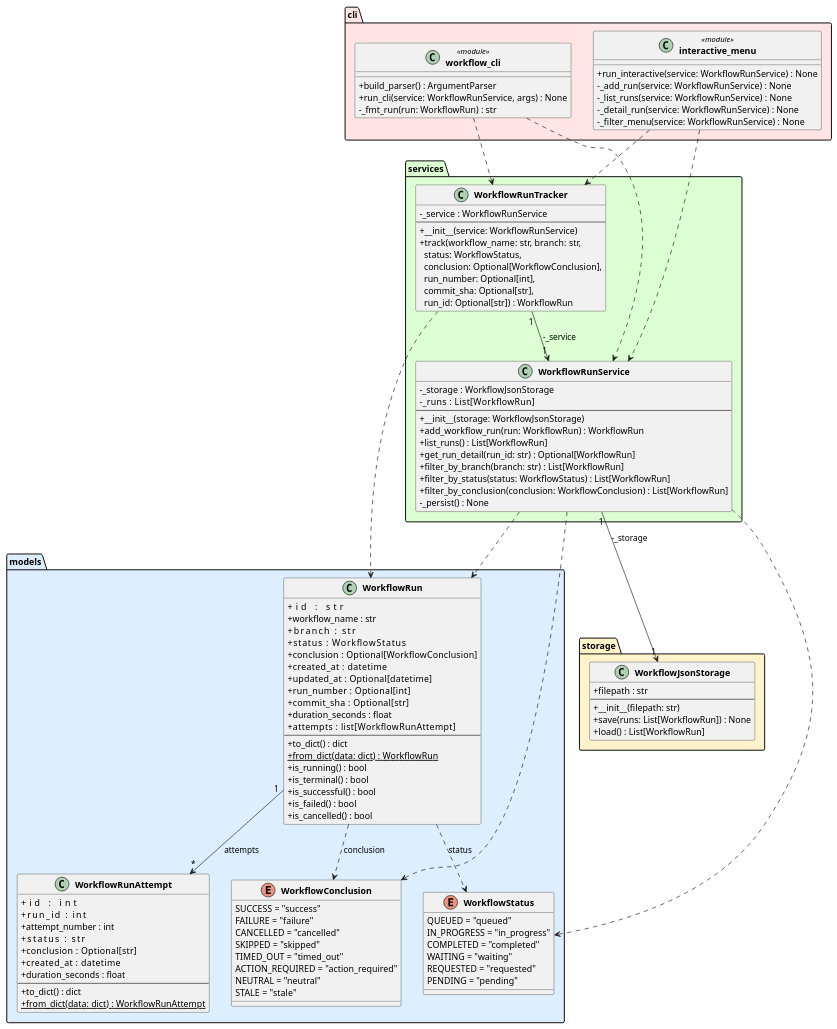
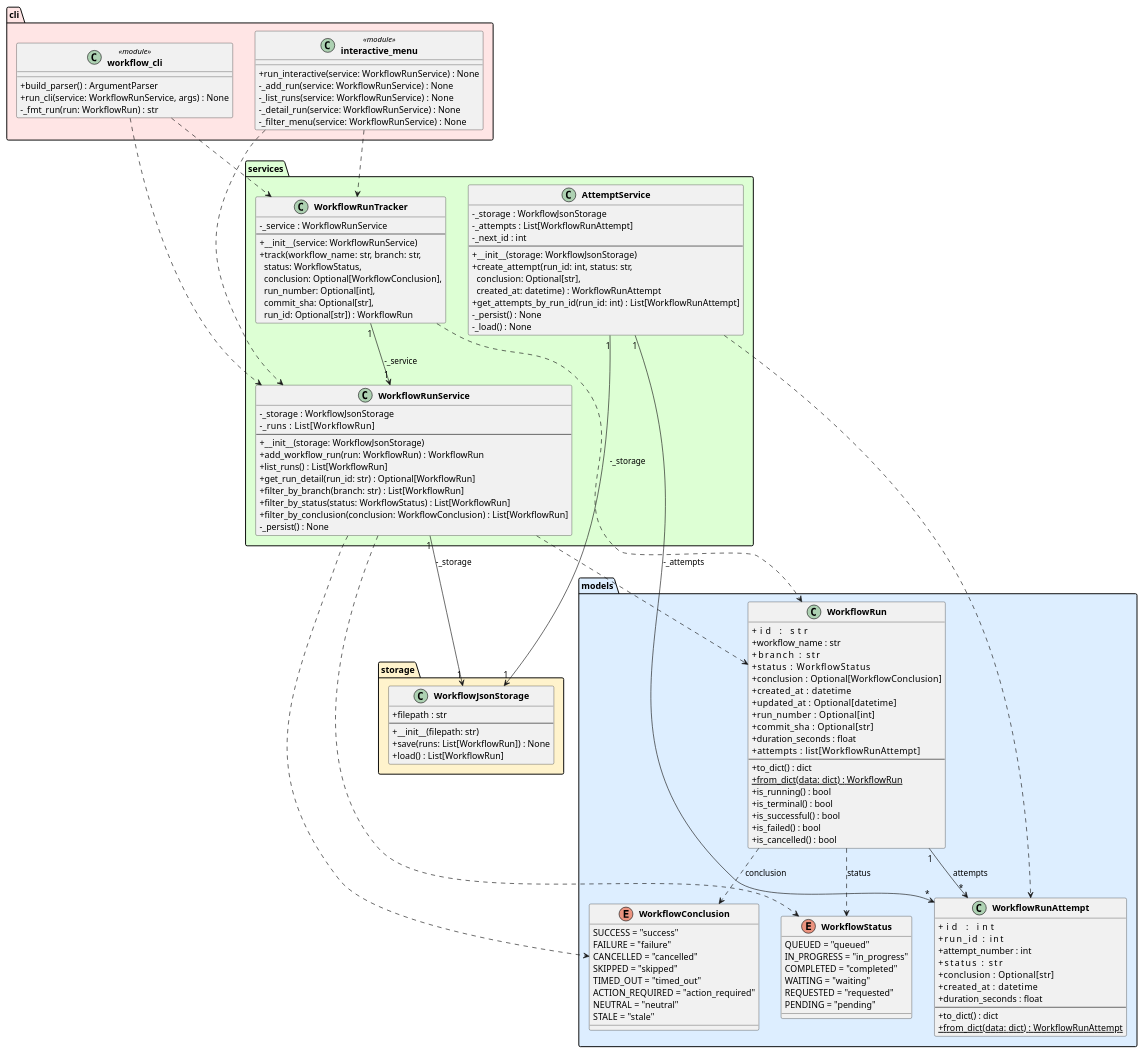
One commit to DanielRiha8906/Software_autoevolution_using_agents changed the diagram in experiments/broadcast/structured_text/github-workflow-manager/artifacts/class_diagram.puml. Above: the diagram before and after it, drawn with PlantUML. The commit also changed 1 other file, not shown here.

Commit message:
Update diagrams and progress for Task 04: AttemptService implementation

```diff
--- a/experiments/broadcast/structured_text/github-workflow-manager/artifacts/class_diagram.puml
+++ b/experiments/broadcast/structured_text/github-workflow-manager/artifacts/class_diagram.puml
@@ -1,126 +1,141 @@
 @startuml class_diagram
 
 skinparam classAttributeIconSize 0
 skinparam classFontStyle bold
 
 package "models" #DDEEFF {
     enum WorkflowStatus {
         QUEUED = "queued"
         IN_PROGRESS = "in_progress"
         COMPLETED = "completed"
         WAITING = "waiting"
         REQUESTED = "requested"
         PENDING = "pending"
     }
 
     enum WorkflowConclusion {
         SUCCESS = "success"
         FAILURE = "failure"
         CANCELLED = "cancelled"
         SKIPPED = "skipped"
         TIMED_OUT = "timed_out"
         ACTION_REQUIRED = "action_required"
         NEUTRAL = "neutral"
         STALE = "stale"
     }
 
     class WorkflowRun {
         +id            : str
         +workflow_name : str
         +branch        : str
         +status        : WorkflowStatus
         +conclusion    : Optional[WorkflowConclusion]
         +created_at    : datetime
         +updated_at    : Optional[datetime]
         +run_number    : Optional[int]
         +commit_sha    : Optional[str]
         +duration_seconds : float
         +attempts      : list[WorkflowRunAttempt]
         --
         +to_dict() : dict
         +{static} from_dict(data: dict) : WorkflowRun
         +is_running() : bool
         +is_terminal() : bool
         +is_successful() : bool
         +is_failed() : bool
         +is_cancelled() : bool
     }
 
     class WorkflowRunAttempt {
         +id            : int
         +run_id        : int
         +attempt_number : int
         +status        : str
         +conclusion    : Optional[str]
         +created_at    : datetime
         +duration_seconds : float
         --
         +to_dict() : dict
         +{static} from_dict(data: dict) : WorkflowRunAttempt
     }
 }
 
 package "storage" #FFF3CC {
     class WorkflowJsonStorage {
         +filepath : str
         --
         +__init__(filepath: str)
         +save(runs: List[WorkflowRun]) : None
         +load() : List[WorkflowRun]
     }
 }
 
 package "services" #DDFFD4 {
     class WorkflowRunService {
         -_storage : WorkflowJsonStorage
         -_runs    : List[WorkflowRun]
         --
         +__init__(storage: WorkflowJsonStorage)
         +add_workflow_run(run: WorkflowRun) : WorkflowRun
         +list_runs() : List[WorkflowRun]
         +get_run_detail(run_id: str) : Optional[WorkflowRun]
         +filter_by_branch(branch: str) : List[WorkflowRun]
         +filter_by_status(status: WorkflowStatus) : List[WorkflowRun]
         +filter_by_conclusion(conclusion: WorkflowConclusion) : List[WorkflowRun]
         -_persist() : None
     }
 
     class WorkflowRunTracker {
         -_service : WorkflowRunService
         --
         +__init__(service: WorkflowRunService)
         +track(workflow_name: str, branch: str,\n  status: WorkflowStatus,\n  conclusion: Optional[WorkflowConclusion],\n  run_number: Optional[int],\n  commit_sha: Optional[str],\n  run_id: Optional[str]) : WorkflowRun
     }
+
+    class AttemptService {
+        -_storage : WorkflowJsonStorage
+        -_attempts : List[WorkflowRunAttempt]
+        -_next_id : int
+        --
+        +__init__(storage: WorkflowJsonStorage)
+        +create_attempt(run_id: int, status: str,\n  conclusion: Optional[str],\n  created_at: datetime) : WorkflowRunAttempt
+        +get_attempts_by_run_id(run_id: int) : List[WorkflowRunAttempt]
+        -_persist() : None
+        -_load() : None
+    }
 }
 
 package "cli" #FFE5E5 {
     class "workflow_cli" <<module>> {
         +build_parser() : ArgumentParser
         +run_cli(service: WorkflowRunService, args) : None
         -_fmt_run(run: WorkflowRun) : str
     }
 
     class "interactive_menu" <<module>> {
         +run_interactive(service: WorkflowRunService) : None
         -_add_run(service: WorkflowRunService) : None
         -_list_runs(service: WorkflowRunService) : None
         -_detail_run(service: WorkflowRunService) : None
         -_filter_menu(service: WorkflowRunService) : None
     }
 }
 
 WorkflowRun           "1" --> "*" WorkflowRunAttempt    : attempts
 WorkflowRun                ..>  WorkflowStatus        : status
 WorkflowRun                ..>  WorkflowConclusion    : conclusion
 WorkflowRunService    "1" --> "1" WorkflowJsonStorage : -_storage
 WorkflowRunService         ..>  WorkflowRun
 WorkflowRunService         ..>  WorkflowStatus
 WorkflowRunService         ..>  WorkflowConclusion
 WorkflowRunTracker    "1" --> "1" WorkflowRunService  : -_service
 WorkflowRunTracker         ..>  WorkflowRun
+AttemptService        "1" --> "1" WorkflowJsonStorage : -_storage
+AttemptService        "1" --> "*" WorkflowRunAttempt  : -_attempts
+AttemptService             ..>  WorkflowRunAttempt
 "workflow_cli"             ..>  WorkflowRunService
 "workflow_cli"             ..>  WorkflowRunTracker
 "interactive_menu"         ..>  WorkflowRunService
 "interactive_menu"         ..>  WorkflowRunTracker
 
 @enduml
```
